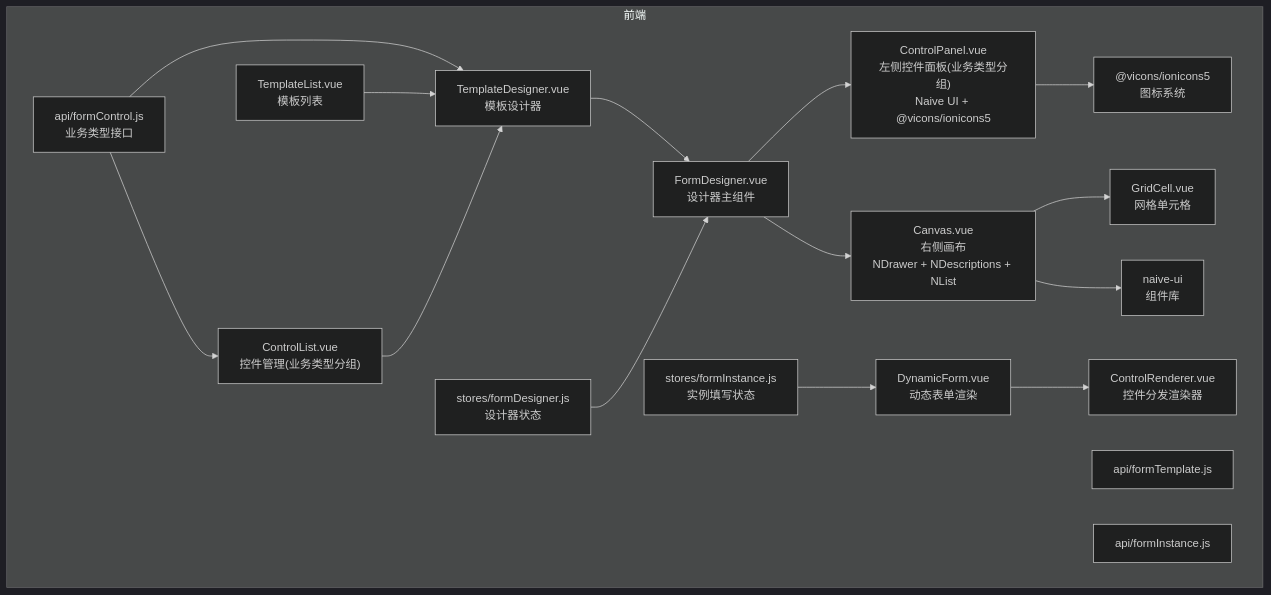
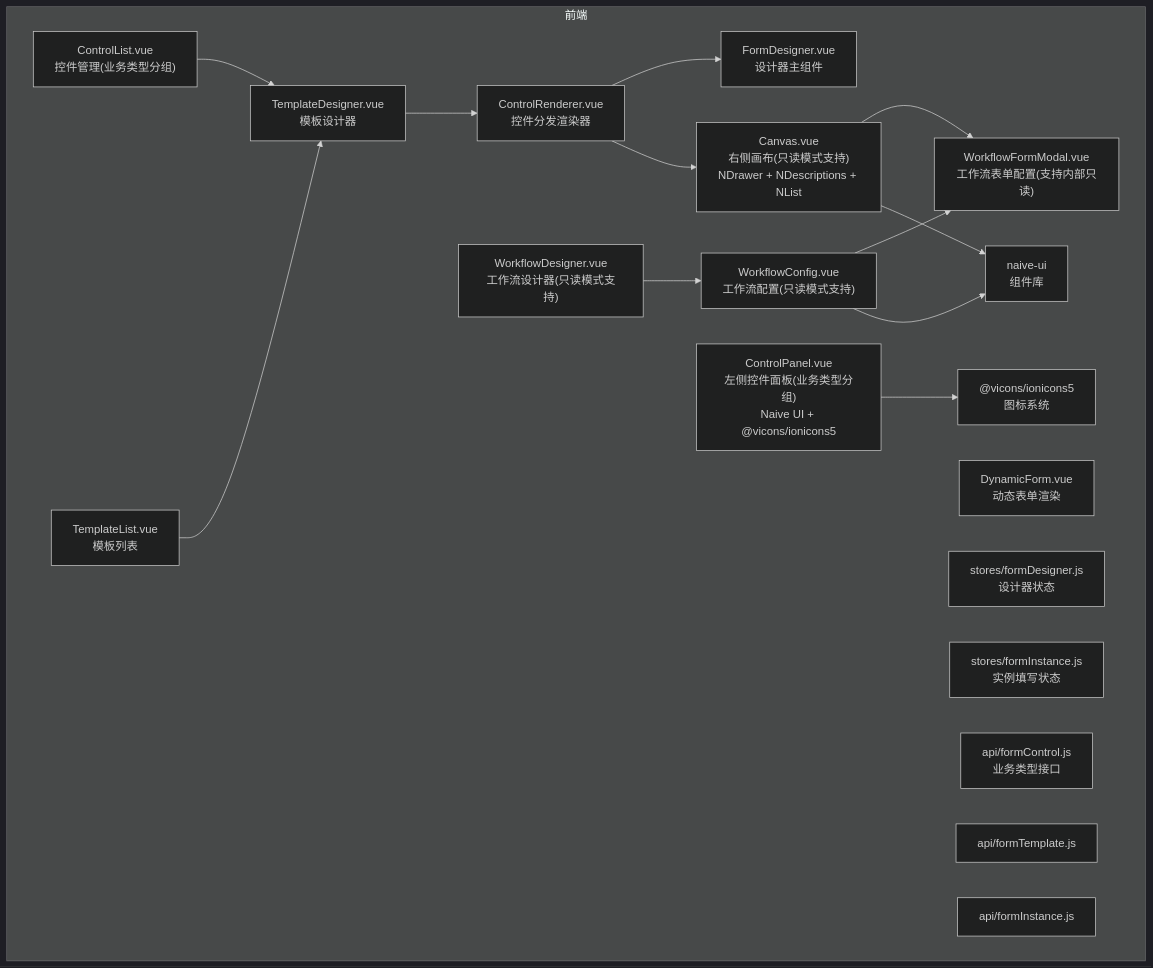
One commit to NJMrLi/genetics changed the first of 12 diagrams in .qoder/repowiki/zh/content/前端架构设计/拖拽式表单设计器.md. Above: the diagram before and after it, drawn with Mermaid (dark theme). The commit also changed other lines of this file and 3 other files, not shown here.

````diff
--- a/.qoder/repowiki/zh/content/前端架构设计/拖拽式表单设计器.md
+++ b/.qoder/repowiki/zh/content/前端架构设计/拖拽式表单设计器.md
@@ -65,34 +72,34 @@
 ```mermaid
 graph TB
 subgraph "前端"
 A["ControlList.vue<br/>控件管理(业务类型分组)"]
 B["TemplateList.vue<br/>模板列表"]
 C["TemplateDesigner.vue<br/>模板设计器"]
-D["DynamicForm.vue<br/>动态表单渲染"]
-E["ControlRenderer.vue<br/>控件分发渲染器"]
-F["FormDesigner.vue<br/>设计器主组件"]
-G["ControlPanel.vue<br/>左侧控件面板(业务类型分组)<br/>Naive UI + @vicons/ionicons5"]
-H["Canvas.vue<br/>右侧画布<br/>NDrawer + NDescriptions + NList"]
-I["GridCell.vue<br/>网格单元格"]
-J["stores/formDesigner.js<br/>设计器状态"]
-K["stores/formInstance.js<br/>实例填写状态"]
-L["api/formControl.js<br/>业务类型接口"]
-M["api/formTemplate.js"]
-N["api/formInstance.js"]
-O["@vicons/ionicons5<br/>图标系统"]
-P["naive-ui<br/>组件库"]
+D["WorkflowDesigner.vue<br/>工作流设计器(只读模式支持)"]
+E["DynamicForm.vue<br/>动态表单渲染"]
+F["ControlRenderer.vue<br/>控件分发渲染器"]
+G["FormDesigner.vue<br/>设计器主组件"]
+H["ControlPanel.vue<br/>左侧控件面板(业务类型分组)<br/>Naive UI + @vicons/ionicons5"]
+I["Canvas.vue<br/>右侧画布(只读模式支持)<br/>NDrawer + NDescriptions + NList"]
+J["WorkflowConfig.vue<br/>工作流配置(只读模式支持)"]
+K["WorkflowFormModal.vue<br/>工作流表单配置(支持内部只读)"]
+L["stores/formDesigner.js<br/>设计器状态"]
+M["stores/formInstance.js<br/>实例填写状态"]
+N["api/formControl.js<br/>业务类型接口"]
+O["api/formTemplate.js"]
+P["api/formInstance.js"]
+Q["@vicons/ionicons5<br/>图标系统"]
+R["naive-ui<br/>组件库"]
 end
 A --> C
 B --> C
 C --> F
+D --> J
 F --> G
-F --> H
-H --> I
-D --> E
-J --> F
-K --> D
-L --> C
-L --> A
-G --> O
-H --> P
+F --> I
+I --> K
+J --> K
+H --> Q
+I --> R
+J --> R
 ```
````
